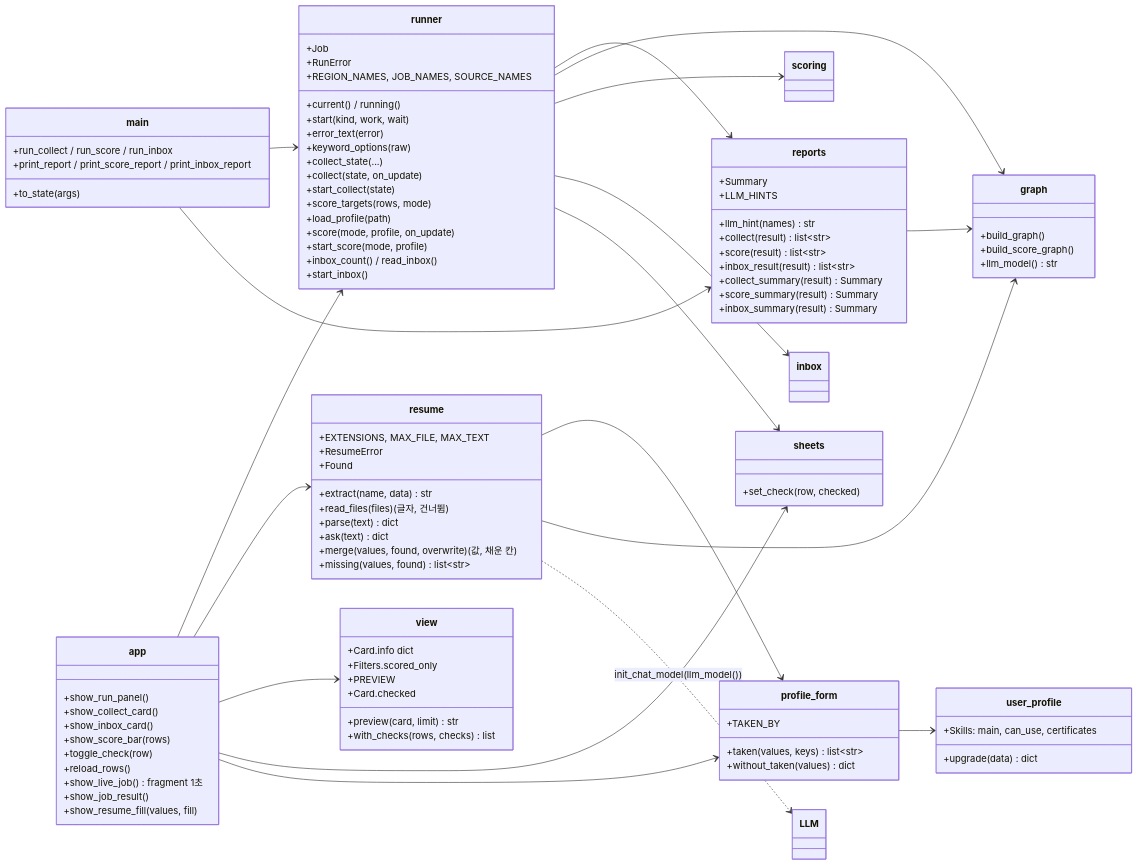
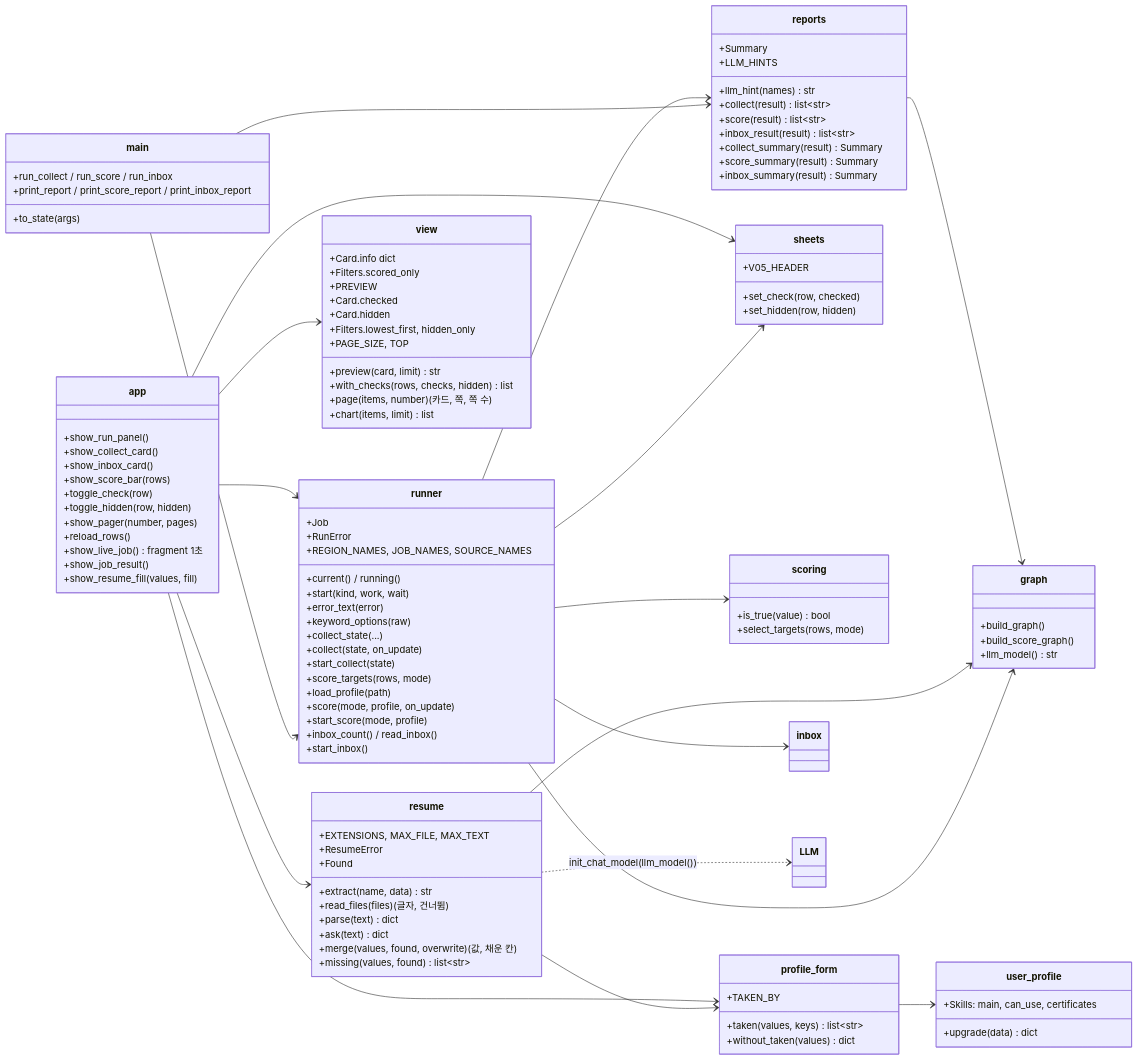
Before and after one commit to wogud98/jobvis: the first of 9 diagrams in docs/v0.5.2/02-design.md, drawn with Mermaid. The commit also changed other lines of this file and 10 other files, not shown here.

```diff
--- a/docs/v0.5.2/02-design.md
+++ b/docs/v0.5.2/02-design.md
@@ -22,6 +22,8 @@
         +show_inbox_card()
         +show_score_bar(rows)
         +toggle_check(row)
+        +toggle_hidden(row, hidden)
+        +show_pager(number, pages)
         +reload_rows()
         +show_live_job() fragment 1초
         +show_job_result()
@@ -78,10 +80,21 @@
         +PREVIEW
         +preview(card, limit) str
         +Card.checked
-        +with_checks(rows, checks) list
+        +Card.hidden
+        +Filters.lowest_first, hidden_only
+        +PAGE_SIZE, TOP
+        +with_checks(rows, checks, hidden) list
+        +page(items, number) (카드, 쪽, 쪽 수)
+        +chart(items, limit) list
     }
     class sheets {
         +set_check(row, checked)
+        +set_hidden(row, hidden)
+        +V05_HEADER
+    }
+    class scoring {
+        +is_true(value) bool
+        +select_targets(rows, mode)
     }
     class profile_form {
         +TAKEN_BY
```
